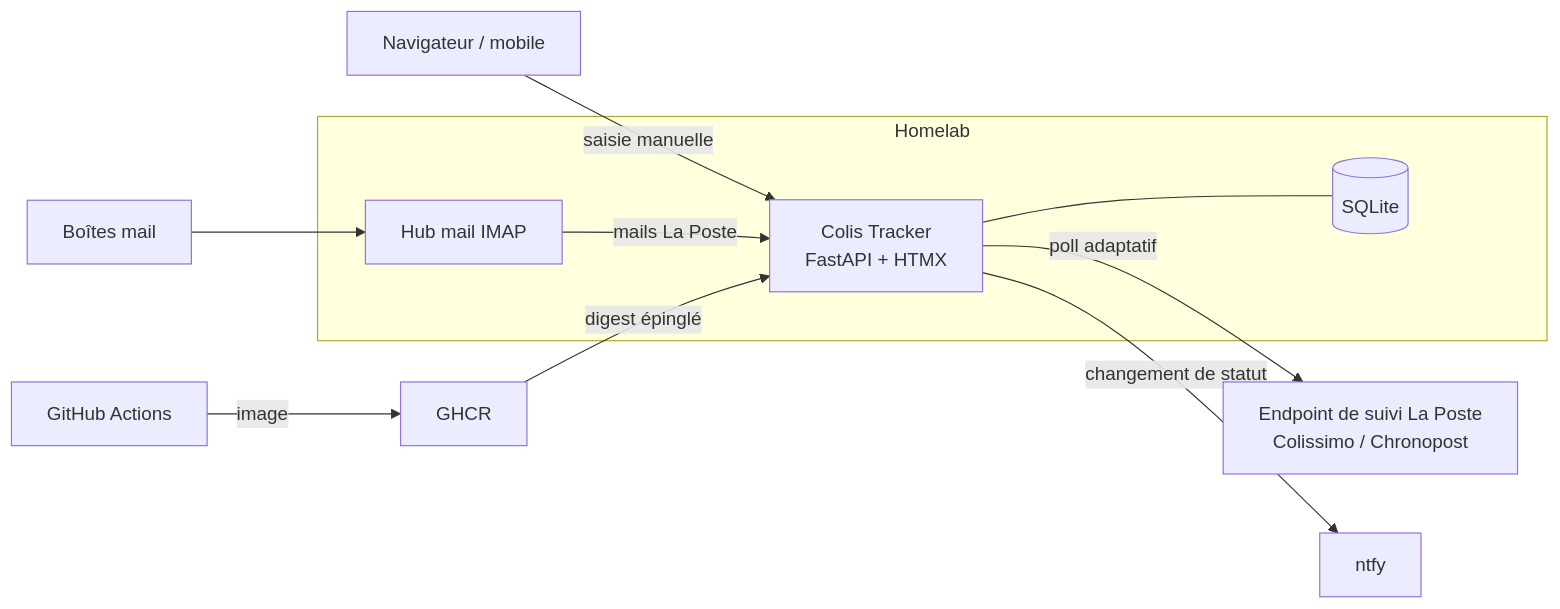
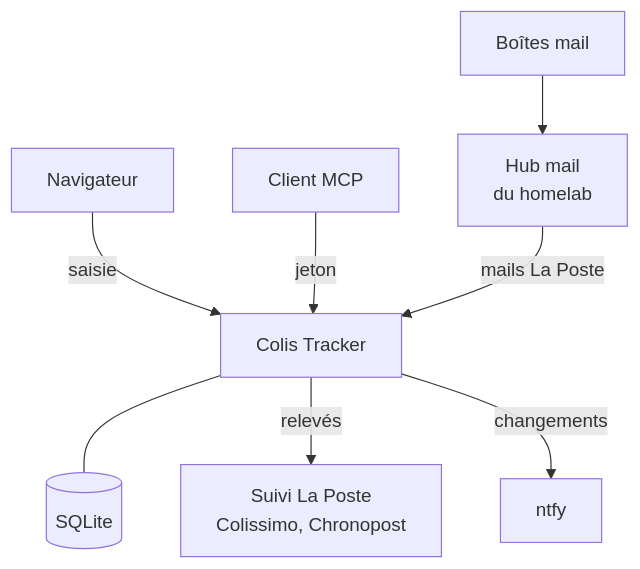
The diagram in docs/projects/personnel/colis-tracker.md (sedelpeuch/sedelpeuch.github.io), drawn with Mermaid before and after one commit. The commit also changed other lines of this file and 28 other files, not shown here.

````diff
--- a/docs/projects/personnel/colis-tracker.md
+++ b/docs/projects/personnel/colis-tracker.md
@@ -91,13 +54,10 @@
 ```mermaid
-flowchart LR
-  user["Navigateur / mobile"] -->|saisie manuelle| app
-  boites["Boîtes mail"] --> hub
-  subgraph homelab["Homelab"]
-    hub["Hub mail IMAP"] -->|mails La Poste| app["Colis Tracker<br/>FastAPI + HTMX"]
-    app --- db[("SQLite")]
-  end
-  app -->|poll adaptatif| lp["Endpoint de suivi La Poste<br/>Colissimo / Chronopost"]
-  app -->|changement de statut| ntfy["ntfy"]
-  ci["GitHub Actions"] -->|image| ghcr["GHCR"]
-  ghcr -->|digest épinglé| app
+flowchart TD
+  user["Navigateur"] -->|saisie| app["Colis Tracker"]
+  mcp["Client MCP"] -->|jeton| app
+  boites["Boîtes mail"] --> hub["Hub mail<br/>du homelab"]
+  hub -->|"mails La Poste"| app
+  app --- db[("SQLite")]
+  app -->|"relevés"| lp["Suivi La Poste<br/>Colissimo, Chronopost"]
+  app -->|"changements"| ntfy["ntfy"]
 ```
````
